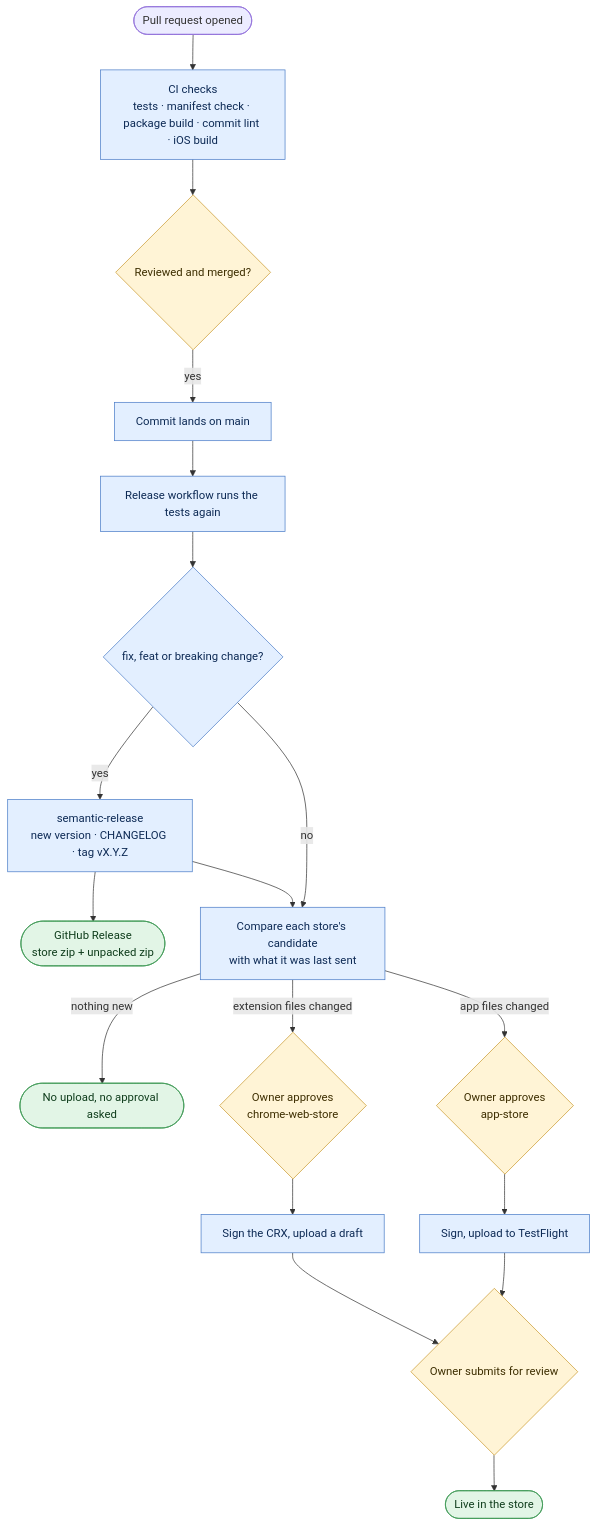
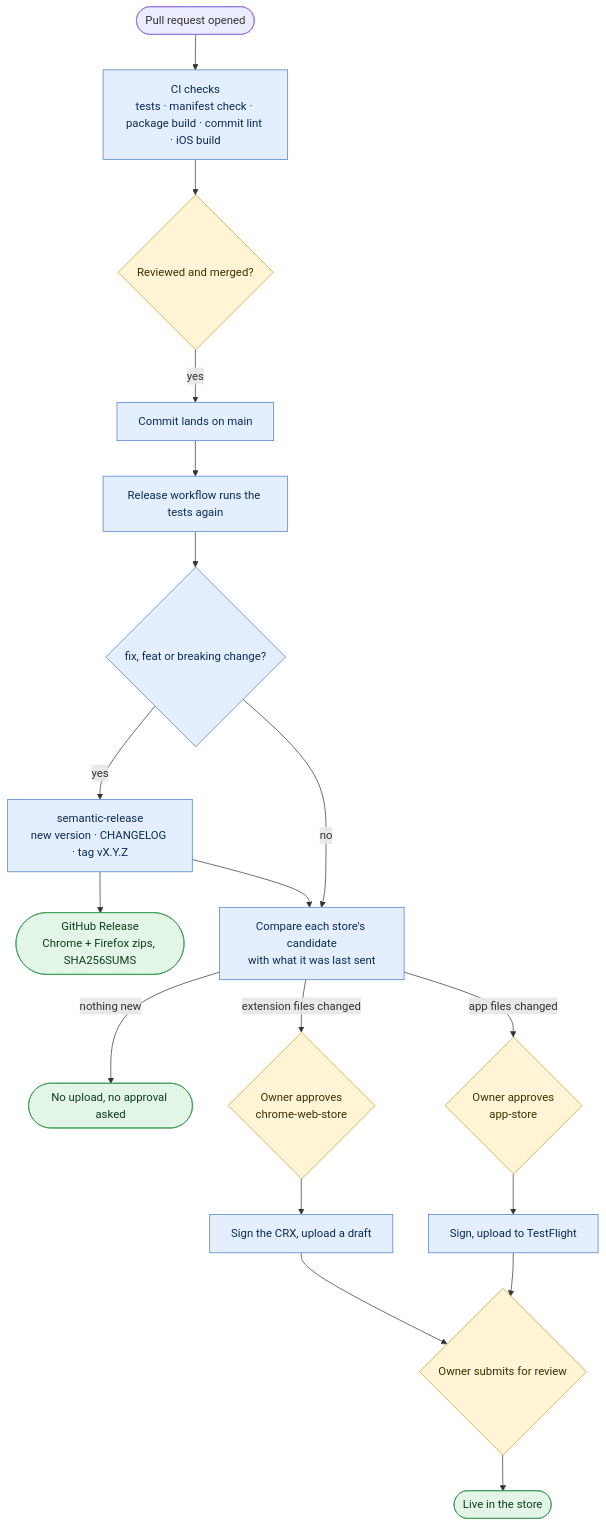
Before and after one commit to maubergine/voucherboard: the diagram in docs/RELEASING.md, drawn with Mermaid. The commit also changed other lines of this file and 304 other files, not shown here.

````diff
--- a/docs/RELEASING.md
+++ b/docs/RELEASING.md
@@ -12,27 +12,27 @@
 ```mermaid
 flowchart TD
   pr(["Pull request opened"]) --> ci["CI checks<br/>tests · manifest check · package build · commit lint · iOS build"]
   ci --> merge{"Reviewed and merged?"}
   merge -->|yes| main["Commit lands on main"]
   main --> tests["Release workflow runs the tests again"]
   tests --> bump{"fix, feat or breaking change?"}
   bump -->|yes| version["semantic-release<br/>new version · CHANGELOG · tag vX.Y.Z"]
-  version --> ghr(["GitHub Release<br/>store zip + unpacked zip"])
+  version --> ghr(["GitHub Release<br/>Chrome + Firefox zips, SHA256SUMS"])
   bump -->|no| changes
   version --> changes["Compare each store's candidate<br/>with what it was last sent"]
   changes -->|"nothing new"| skip(["No upload, no approval asked"])
   changes -->|"extension files changed"| approve{"Owner approves<br/>chrome-web-store"}
   changes -->|"app files changed"| approveios{"Owner approves<br/>app-store"}
   approve --> upload["Sign the CRX, upload a draft"]
   approveios --> tf["Sign, upload to TestFlight"]
   upload --> submit{"Owner submits for review"}
   tf --> submit
   submit --> live(["Live in the store"])
 
   classDef person fill:#fff4d6,stroke:#c99a2e,color:#3d2e00
   classDef auto fill:#e3efff,stroke:#4a7cc7,color:#0d2a55
   classDef done fill:#e2f5e6,stroke:#3f9a55,color:#0f3d1c
   class merge,approve,approveios,submit person
   class ci,main,tests,bump,version,changes,upload,tf auto
   class ghr,skip,live done
 ```
````
